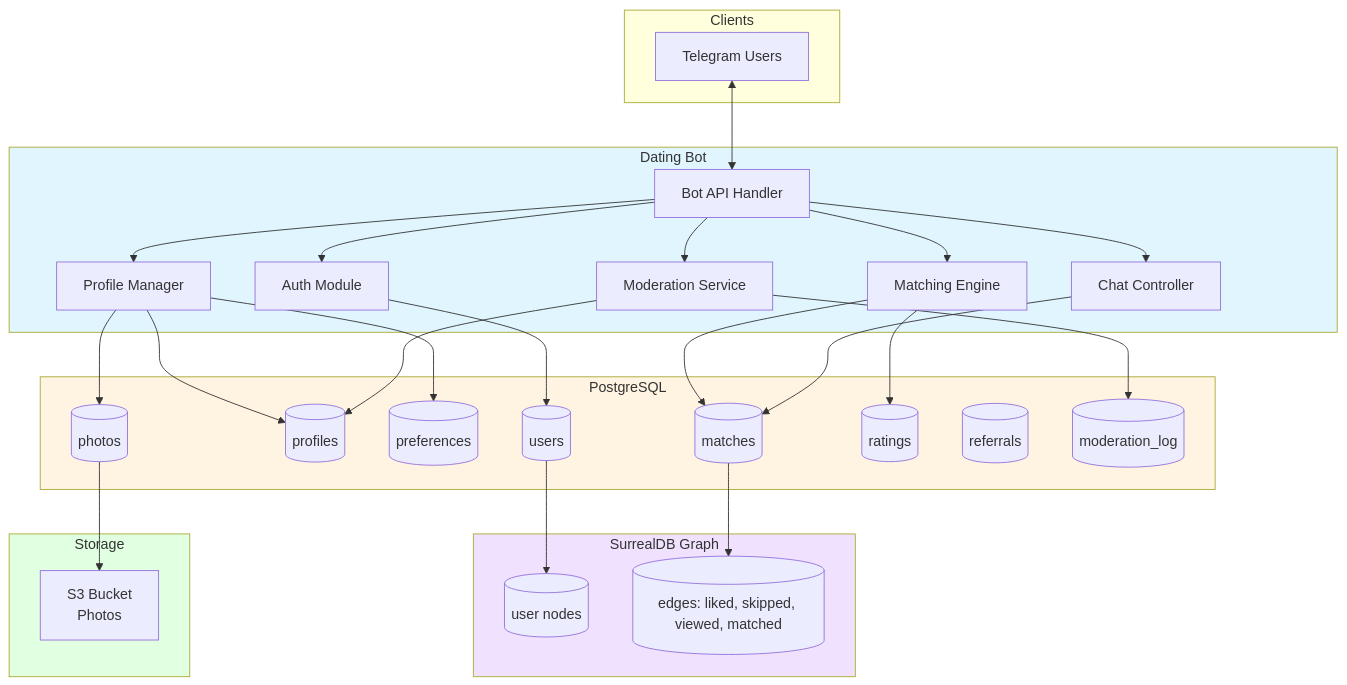
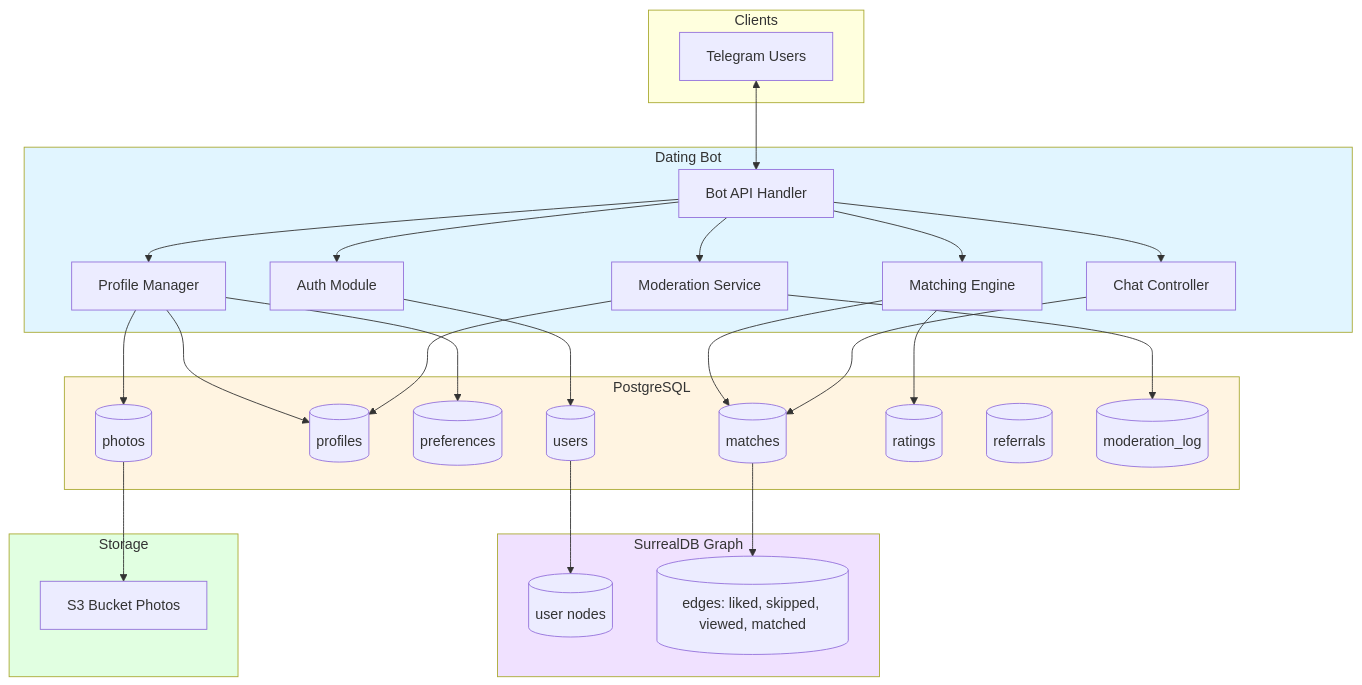
Before and after one commit to Denis938/dating_bot: the diagram in DOCS/architecture.md, drawn with Mermaid.

Commit message:
fix: убрать br теги для корректного рендеринга на GitHub

````diff
--- a/DOCS/architecture.md
+++ b/DOCS/architecture.md
@@ -3,61 +3,61 @@
 ```mermaid
 flowchart TB
     subgraph Clients["Clients"]
         TG[Telegram Users]
     end
 
     subgraph Bot["Dating Bot"]
         API[Bot API Handler]
         AUTH[Auth Module]
         PROF[Profile Manager]
         MATCH[Matching Engine]
         CHAT[Chat Controller]
         MOD[Moderation Service]
     end
 
     subgraph PostgreSQL["PostgreSQL"]
         USERS[(users)]
         PROFILES[(profiles)]
         PREFERENCES[(preferences)]
         PHOTOS[(photos)]
         MATCHES[(matches)]
         RATINGS[(ratings)]
         REFERRALS[(referrals)]
         MOD_LOG[(moderation_log)]
     end
 
     subgraph SurrealDB["SurrealDB Graph"]
         USER_NODES[(user nodes)]
         EDGES[(edges: liked, skipped, viewed, matched)]
     end
 
     subgraph Storage["Storage"]
-        S3[S3 Bucket<br/>Photos]
+        S3[S3 Bucket Photos]
     end
 
     TG <--> API
     API --> AUTH
     API --> PROF
     API --> MATCH
     API --> CHAT
     API --> MOD
 
     AUTH --> USERS
     PROF --> PROFILES
     PROF --> PREFERENCES
     PROF --> PHOTOS
     MATCH --> MATCHES
     MATCH --> RATINGS
     CHAT --> MATCHES
     MOD --> MOD_LOG
     MOD --> PROFILES
 
     USERS --> USER_NODES
     MATCHES --> EDGES
     PHOTOS --> S3
 
     style Bot fill:#e1f5ff
     style PostgreSQL fill:#fff4e1
     style SurrealDB fill:#f0e1ff
     style Storage fill:#e1ffe1
 ```
````
